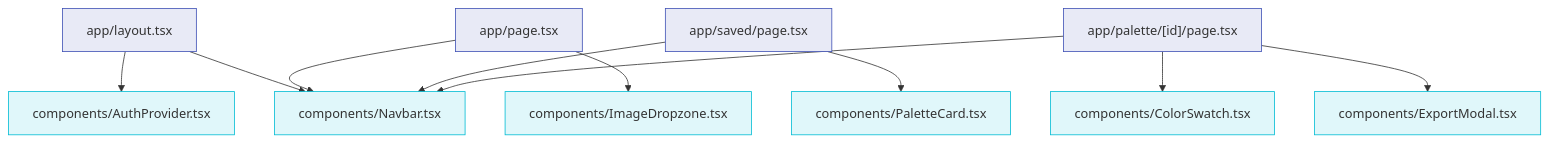
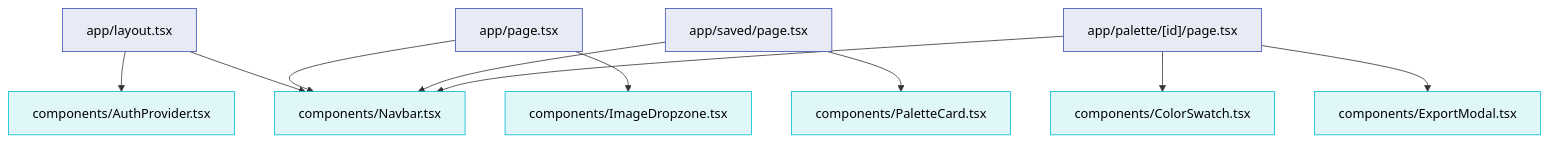
The third of 5 diagrams in devlog.md (alexli8408/PaletteAI), drawn with Mermaid before and after one commit.

Commit message:
docs: improve mermaid diagram contrast

````diff
--- a/devlog.md
+++ b/devlog.md
@@ -147,18 +147,18 @@
 ```mermaid
 graph TD
-    classDef layout fill:#e8eaf6,stroke:#3f51b5,stroke-width:1px
-    classDef ui fill:#e0f7fa,stroke:#00bcd4,stroke-width:1px
+    classDef layout fill:#e8eaf6,stroke:#3f51b5,stroke-width:1px,color:#000
+    classDef ui fill:#e0f7fa,stroke:#00bcd4,stroke-width:1px,color:#000
 
     AppLayout["app/layout.tsx"]:::layout --> AuthProv["components/AuthProvider.tsx"]:::ui
     AppLayout --> Nav["components/Navbar.tsx"]:::ui
 
     HomePage["app/page.tsx"]:::layout --> Nav
     HomePage --> Dropzone["components/ImageDropzone.tsx"]:::ui
 
     SavedPage["app/saved/page.tsx"]:::layout --> Nav
     SavedPage --> Card["components/PaletteCard.tsx"]:::ui
 
     PalettePage["app/palette/[id]/page.tsx"]:::layout --> Nav
     PalettePage --> Swatch["components/ColorSwatch.tsx"]:::ui
     PalettePage --> Export["components/ExportModal.tsx"]:::ui
 ```
````
